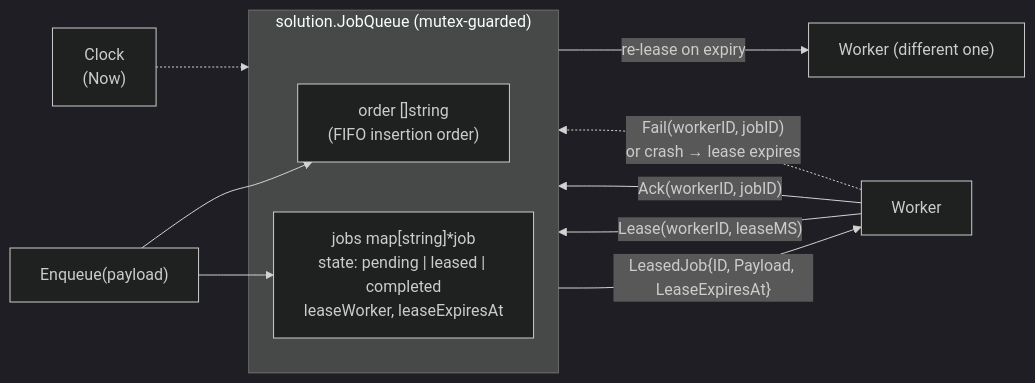
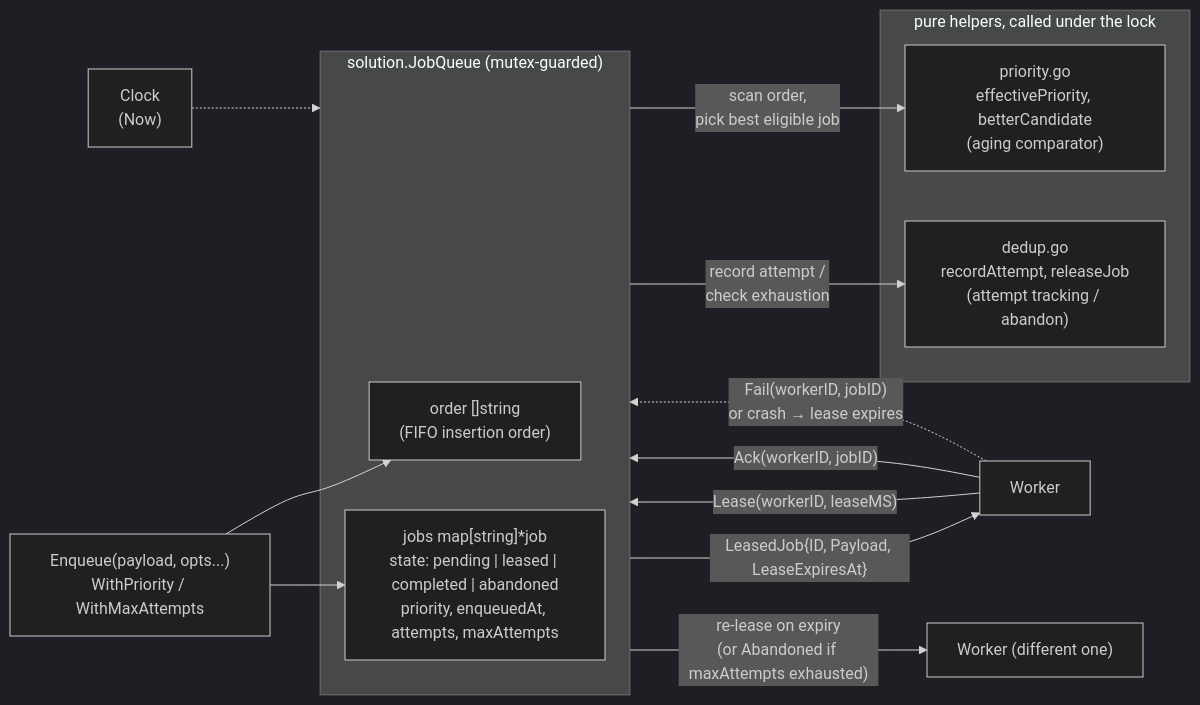
Before and after one commit to tchandrakar/yodoq: the diagram in README.md, drawn with Mermaid (dark theme). The commit also changed other lines of this file, not shown here.

````diff
--- a/README.md
+++ b/README.md
@@ -38,19 +42,26 @@
 ```mermaid
 flowchart LR
     subgraph JobQueue["solution.JobQueue (mutex-guarded)"]
         O["order []string\n(FIFO insertion order)"]
-        M["jobs map[string]*job\nstate: pending | leased | completed\nleaseWorker, leaseExpiresAt"]
+        M["jobs map[string]*job\nstate: pending | leased | completed | abandoned\npriority, enqueuedAt, attempts, maxAttempts"]
+    end
+
+    subgraph Helpers["pure helpers, called under the lock"]
+        P["priority.go\neffectivePriority, betterCandidate\n(aging comparator)"]
+        D["dedup.go\nrecordAttempt, releaseJob\n(attempt tracking / abandon)"]
     end
 
     C["Clock\n(Now)"] -.-> JobQueue
 
-    E["Enqueue(payload)"] --> M
+    E["Enqueue(payload, opts...)\nWithPriority / WithMaxAttempts"] --> M
     E --> O
 
     W1["Worker"] -- "Lease(workerID, leaseMS)" --> JobQueue
+    JobQueue -- "scan order,\npick best eligible job" --> P
+    JobQueue -- "record attempt /\ncheck exhaustion" --> D
     JobQueue -- "LeasedJob{ID, Payload, LeaseExpiresAt}" --> W1
     W1 -- "Ack(workerID, jobID)" --> JobQueue
     W1 -. "Fail(workerID, jobID)\nor crash → lease expires" .-> JobQueue
 
-    JobQueue -- "re-lease on expiry" --> W2["Worker (different one)"]
+    JobQueue -- "re-lease on expiry\n(or Abandoned if maxAttempts exhausted)" --> W2["Worker (different one)"]
 ```
````
